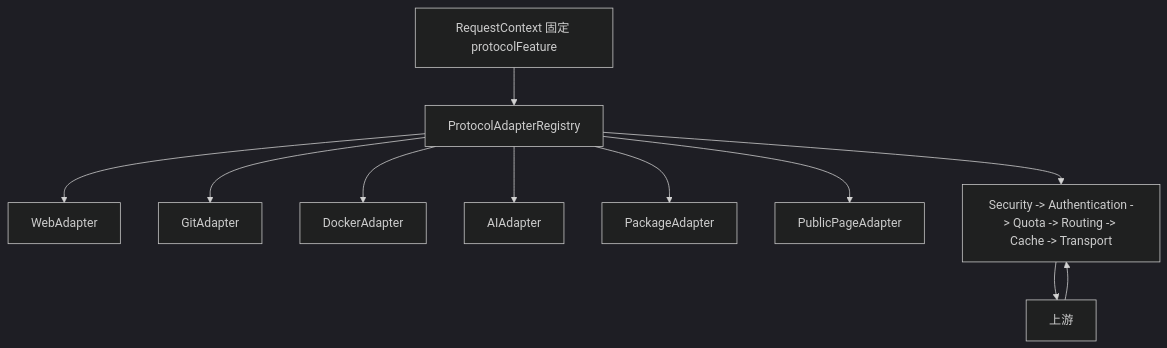
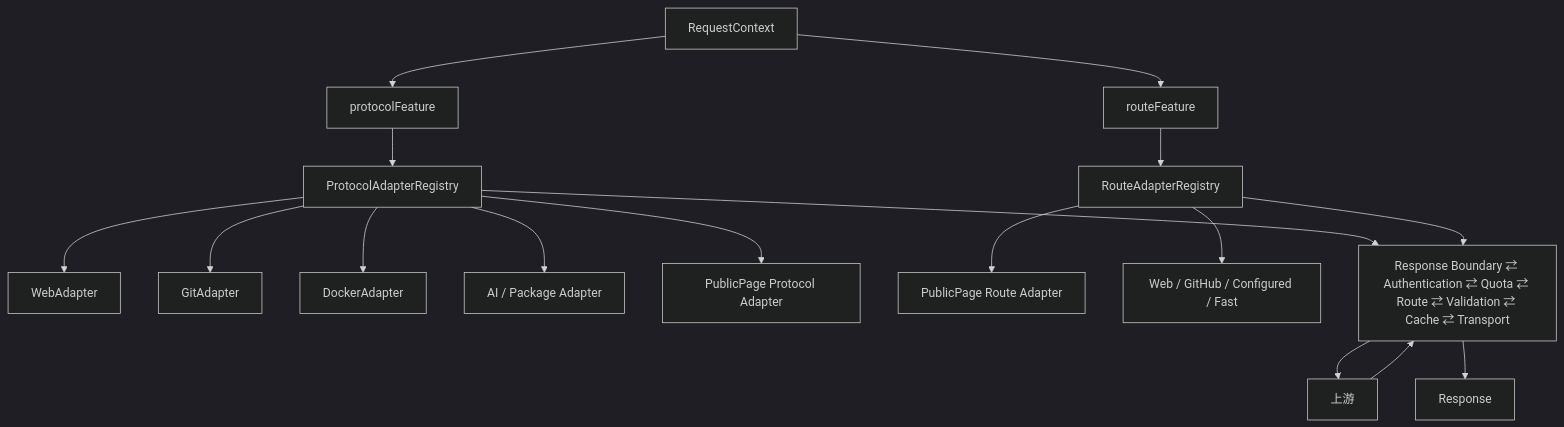
Before and after one commit to DXShelley/xget: the third of 5 diagrams in docs/architecture.zh-Hans.md, drawn with Mermaid (dark theme). The commit also changed other lines of this file and 1 other file, not shown here.

Commit message:
test(app): cover fixed route adapter selection

````diff
--- a/docs/architecture.zh-Hans.md
+++ b/docs/architecture.zh-Hans.md
@@ -185,13 +185,19 @@
 ```mermaid
 flowchart TB
-    Context[RequestContext 固定 protocolFeature] --> Registry[ProtocolAdapterRegistry]
-    Registry --> Web[WebAdapter]
-    Registry --> Git[GitAdapter]
-    Registry --> Docker[DockerAdapter]
-    Registry --> AI[AIAdapter]
-    Registry --> Package[PackageAdapter]
-    Registry --> PublicPage[PublicPageAdapter]
-    Registry --> Pipeline[Security -> Authentication -> Quota -> Routing -> Cache -> Transport]
+    Context[RequestContext]
+    Context --> ProtocolFeature[protocolFeature]
+    Context --> RouteFeature[routeFeature]
+    ProtocolFeature --> ProtocolRegistry[ProtocolAdapterRegistry]
+    RouteFeature --> RouteRegistry[RouteAdapterRegistry]
+    ProtocolRegistry --> Web[WebAdapter]
+    ProtocolRegistry --> Git[GitAdapter]
+    ProtocolRegistry --> Docker[DockerAdapter]
+    ProtocolRegistry --> AI[AI / Package Adapter]
+    ProtocolRegistry --> PublicProtocol[PublicPage Protocol Adapter]
+    RouteRegistry --> PublicRoute[PublicPage Route Adapter]
+    RouteRegistry --> SiteRoutes[Web / GitHub / Configured / Fast]
+    ProtocolRegistry --> Pipeline[Response Boundary ⇄ Authentication ⇄ Quota ⇄ Route ⇄ Validation ⇄ Cache ⇄ Transport]
+    RouteRegistry --> Pipeline
     Pipeline --> Upstream[上游]
-    Upstream --> Pipeline
+    Upstream --> Pipeline --> Response[Response]
 ```
````
